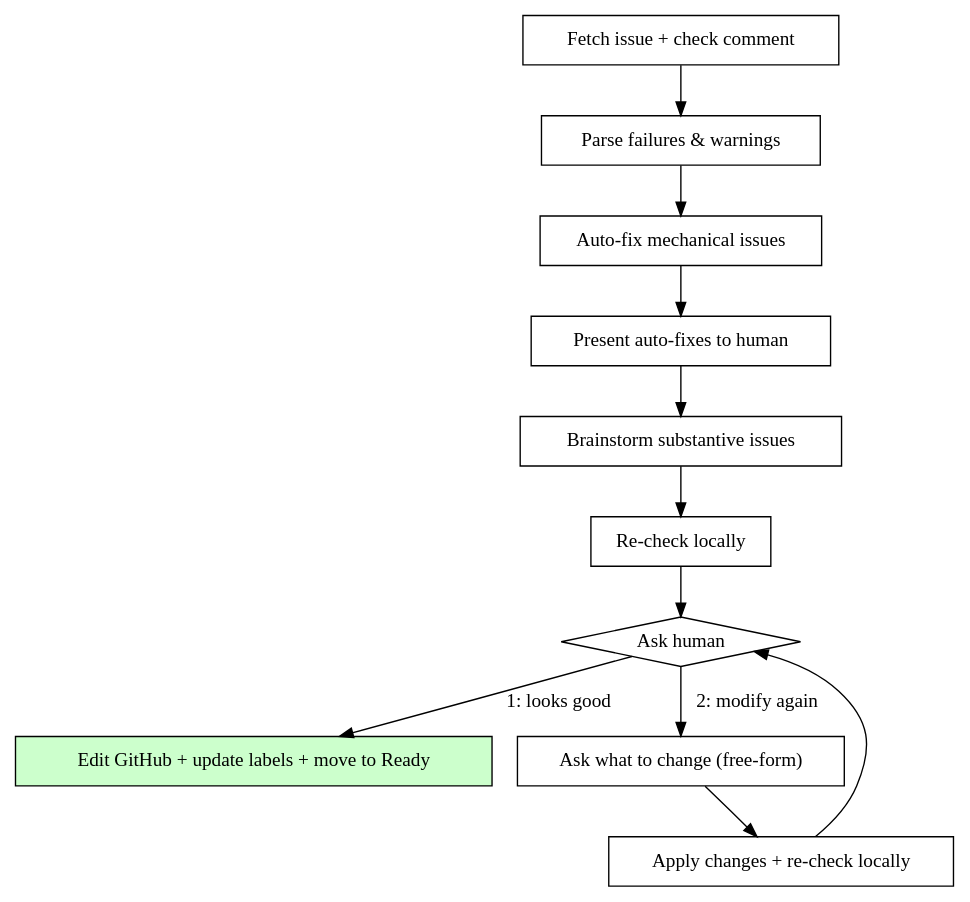
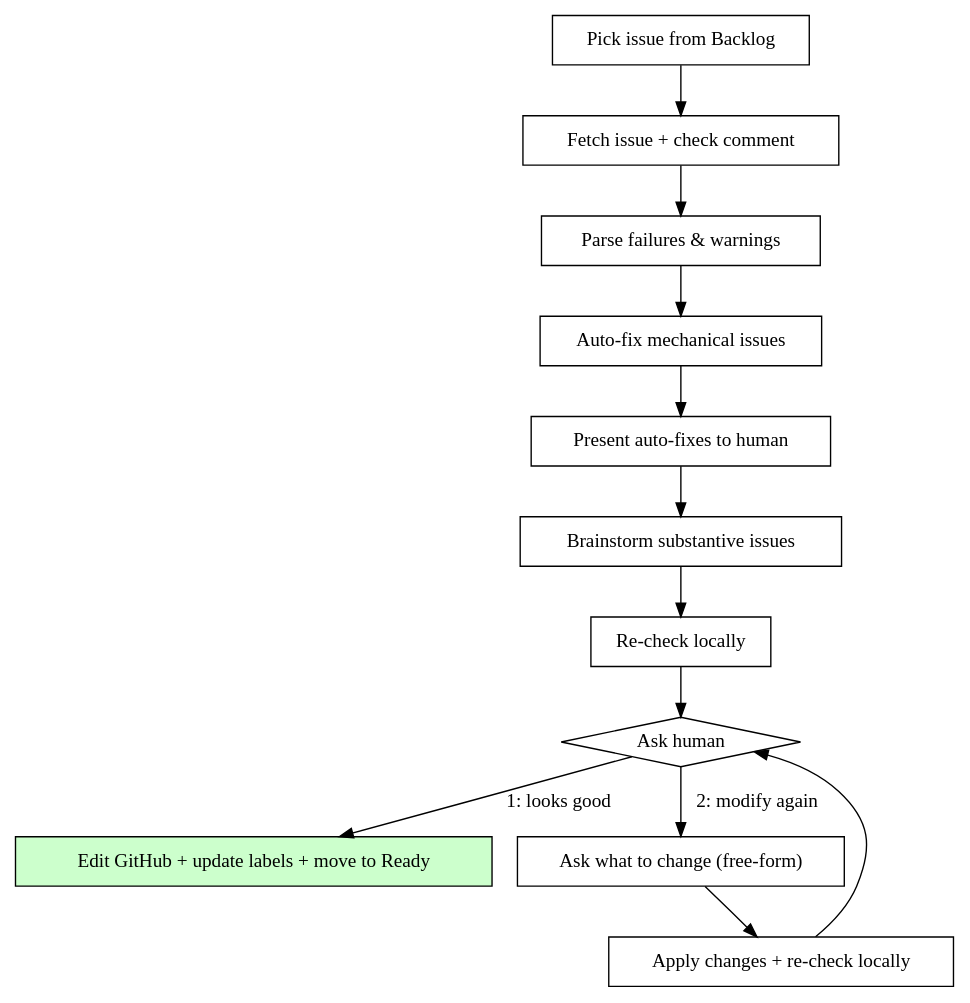
Before and after one commit to hmyuuu/problem-reductions: the diagram in .claude/skills/fix-issue/SKILL.md, drawn with Graphviz. The commit also changed other lines of this file and 2 other files, not shown here.

First line of the commit message:
refactor(skills): update fix-issue, remove fix-issue-batch (#657)

````diff
--- a/.claude/skills/fix-issue/SKILL.md
+++ b/.claude/skills/fix-issue/SKILL.md
@@ -28,26 +29,28 @@
 ```dot
 digraph fix_issue {
     rankdir=TB;
+    "Pick issue from Backlog" [shape=box];
     "Fetch issue + check comment" [shape=box];
     "Parse failures & warnings" [shape=box];
     "Auto-fix mechanical issues" [shape=box];
     "Present auto-fixes to human" [shape=box];
     "Brainstorm substantive issues" [shape=box];
     "Re-check locally" [shape=box];
     "Ask human" [shape=diamond];
     "Edit GitHub + update labels + move to Ready" [shape=box, style=filled, fillcolor="#ccffcc"];
     "Ask what to change (free-form)" [shape=box];
     "Apply changes + re-check locally" [shape=box];
 
+    "Pick issue from Backlog" -> "Fetch issue + check comment";
     "Fetch issue + check comment" -> "Parse failures & warnings";
     "Parse failures & warnings" -> "Auto-fix mechanical issues";
     "Auto-fix mechanical issues" -> "Present auto-fixes to human";
     "Present auto-fixes to human" -> "Brainstorm substantive issues";
     "Brainstorm substantive issues" -> "Re-check locally";
     "Re-check locally" -> "Ask human";
     "Ask human" -> "Edit GitHub + update labels + move to Ready" [label="1: looks good"];
     "Ask human" -> "Ask what to change (free-form)" [label="2: modify again"];
     "Ask what to change (free-form)" -> "Apply changes + re-check locally";
     "Apply changes + re-check locally" -> "Ask human";
 }
 ```
````
